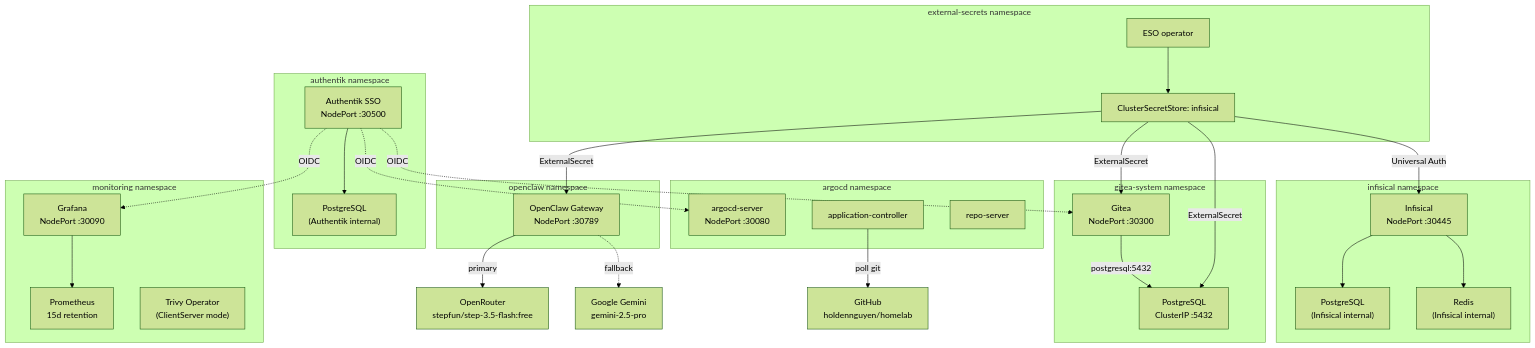
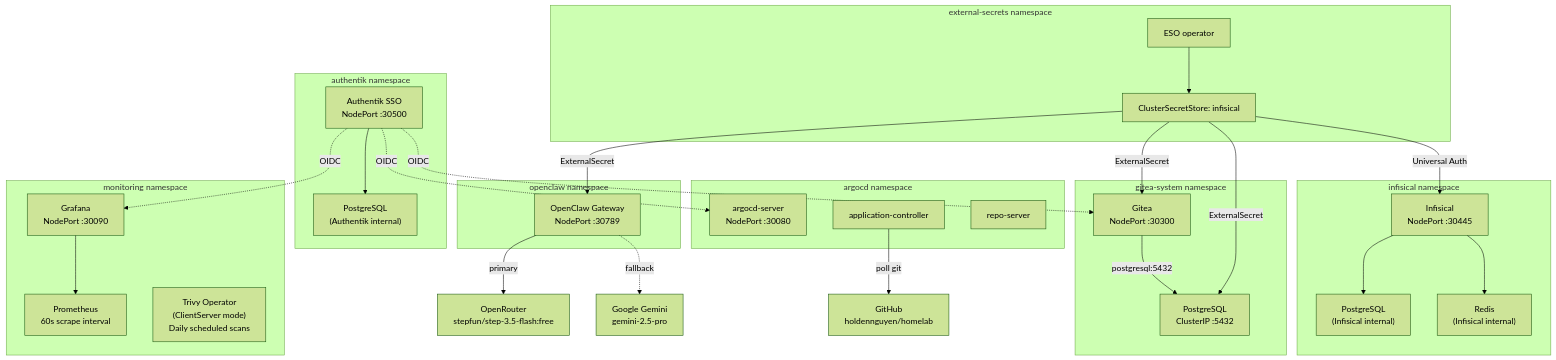
The fourth of 4 diagrams in docs/architecture.md (haingth77/homelab), drawn with Mermaid (forest theme) before and after one commit. The commit also changed other lines of this file and 7 other files, not shown here.

First line of the commit message:
feat: tune Prometheus scrape intervals and Trivy scan schedules (#60)

````diff
--- a/docs/architecture.md
+++ b/docs/architecture.md
@@ -186,57 +186,57 @@
 ```mermaid
 flowchart TD
     subgraph infisicalNs["infisical namespace"]
         InfisicalPod["Infisical\nNodePort :30445"]
         InfisicalPG["PostgreSQL\n(Infisical internal)"]
         InfisicalRedis["Redis\n(Infisical internal)"]
         InfisicalPod --> InfisicalPG
         InfisicalPod --> InfisicalRedis
     end
 
     subgraph esoNs["external-secrets namespace"]
         ESOPod["ESO operator"]
         CSS["ClusterSecretStore: infisical"]
     end
 
     subgraph argocdNs["argocd namespace"]
         ArgoServer["argocd-server\nNodePort :30080"]
         ArgoController["application-controller"]
         ArgoRepo["repo-server"]
     end
 
     subgraph giteaNs["gitea-system namespace"]
         GiteaPod["Gitea\nNodePort :30300"]
         PGPod["PostgreSQL\nClusterIP :5432"]
         GiteaPod -- "postgresql:5432" --> PGPod
     end
 
     subgraph monNs["monitoring namespace"]
         GrafanaPod["Grafana\nNodePort :30090"]
-        PromPod["Prometheus\n15d retention"]
-        TrivyPod["Trivy Operator\n(ClientServer mode)"]
+        PromPod["Prometheus\n60s scrape interval"]
+        TrivyPod["Trivy Operator\n(ClientServer mode)\nDaily scheduled scans"]
         GrafanaPod --> PromPod
     end
 
     subgraph authentikNs["authentik namespace"]
         AuthentikPod["Authentik SSO\nNodePort :30500"]
         AuthentikPG["PostgreSQL\n(Authentik internal)"]
         AuthentikPod --> AuthentikPG
     end
 
     subgraph openclawNs["openclaw namespace"]
         OpenClawPod["OpenClaw Gateway\nNodePort :30789"]
     end
 
     AuthentikPod -. "OIDC" .-> GrafanaPod
     AuthentikPod -. "OIDC" .-> ArgoServer
     AuthentikPod -. "OIDC" .-> GiteaPod
 
     ESOPod --> CSS
     CSS -- "Universal Auth" --> InfisicalPod
     CSS -- "ExternalSecret" --> GiteaPod
     CSS -- "ExternalSecret" --> PGPod
     CSS -- "ExternalSecret" --> OpenClawPod
     OpenClawPod -- "primary" --> OpenRouterAPI["OpenRouter\nstepfun/step-3.5-flash:free"]
     OpenClawPod -. "fallback" .-> GeminiAPI["Google Gemini\ngemini-2.5-pro"]
     ArgoController -- "poll git" --> GitHub["GitHub\nholdennguyen/homelab"]
 ```
````
